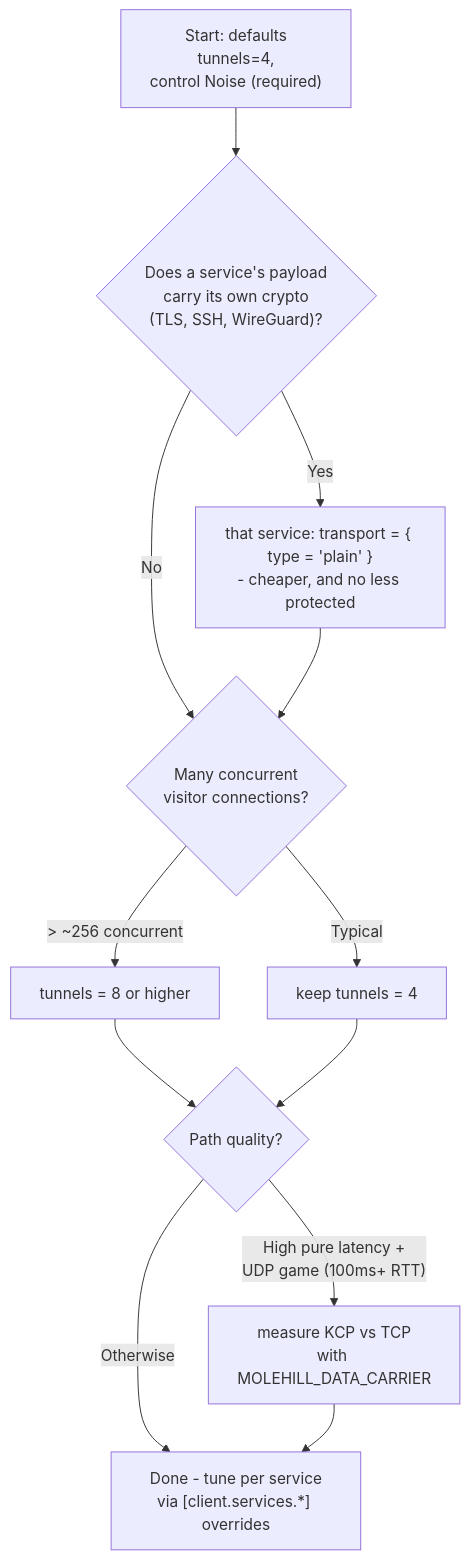
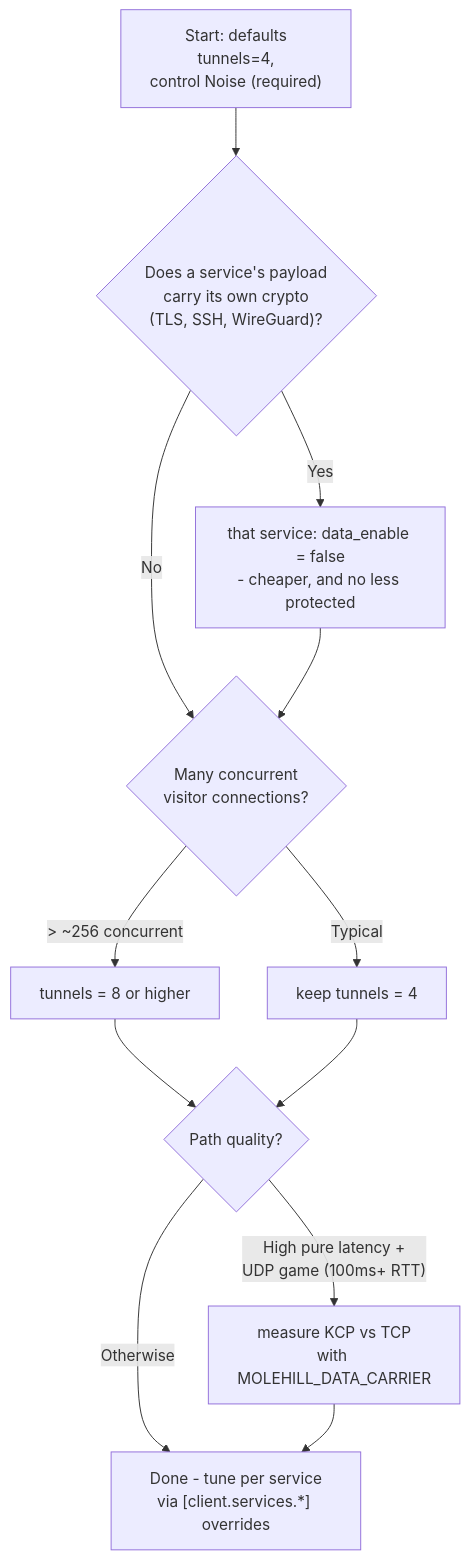
One commit to NIyueeE/molehill changed the diagram in docs/configuration.md. Above: the diagram before and after it, drawn with Mermaid. The commit also changed other lines of this file and 91 other files, not shown here.

````diff
--- a/docs/configuration.md
+++ b/docs/configuration.md
@@ -200,14 +224,14 @@
 ```mermaid
 flowchart TD
     A["Start: defaults<br/>tunnels=4,<br/>control Noise (required)"] --> B{"Does a service's payload<br/>carry its own crypto<br/>(TLS, SSH, WireGuard)?"}
-    B -- Yes --> C["that service: transport = { type = 'plain' }<br/>- cheaper, and no less protected"]
+    B -- Yes --> C["that service: data_enable = false<br/>- cheaper, and no less protected"]
     B -- No --> D{"Many concurrent<br/>visitor connections?"}
     C --> D
     D -- "> ~256 concurrent" --> G["tunnels = 8 or higher"]
     D -- Typical --> H["keep tunnels = 4"]
     G --> I{"Path quality?"}
     H --> I
     I -- "High pure latency +<br/>UDP game (100ms+ RTT)" --> J["measure KCP vs TCP<br/>with MOLEHILL_DATA_CARRIER"]
     I -- Otherwise --> Z["Done - tune per service<br/>via [client.services.*] overrides"]
     J --> Z
 ```
````
